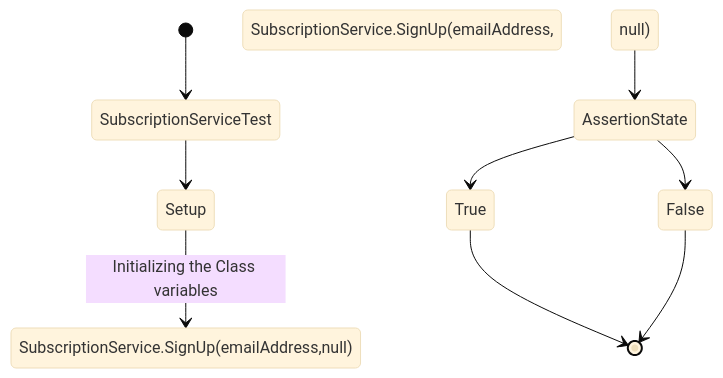
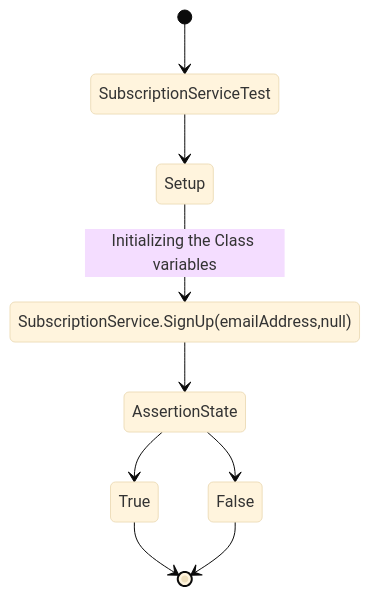
The second of 11 diagrams in model/tests/test.md (Emsaso/GetNews), drawn with Mermaid (base theme) before and after one commit.

````diff
--- a/model/tests/test.md
+++ b/model/tests/test.md
@@ -32,35 +32,35 @@
 ```mermaid
 stateDiagram-v2
 [*] --> SubscriptionServiceTest
     SubscriptionServiceTest --> Setup
     Setup --> SubscriptionService.SignUp(emailAddress,null):Initializing the Class variables
     
 #    state AssertionState <<choice>>
 #    state SubscriptionCheck <<choice>>
 #    state EnsureEmailValidity <<choice>>
 
 #    EnsureEmailValidity
 #       [*] --> EnsureEmailValidity
 #
 #        state CollectingInputs
 #        state HandleInvalidEmail
 #        state join_state <<join>>
 
 #        CollectingInputs --> EmailAddress.IsValid()
 #            EmailAddress.IsValid()--> (bool)HandleInvalidEmail
 #            HandleInvalidEmail  --> AssertionState
 
 #        EmailAddress.IsValid() --> SubscriptionCheck
             
 #            state HandleNullSubscription
 #            HandleNullSubscription --> CreateSubScription
 #            CreateSubScription --> AssertionState
         
 
-    SubscriptionService.SignUp(emailAddress, null) --> AssertionState
+    SubscriptionService.SignUp(emailAddress,null) --> AssertionState
     
     AssertionState --> True
     AssertionState --> False
     True --> [*]
     False --> [*]
 ```
````
